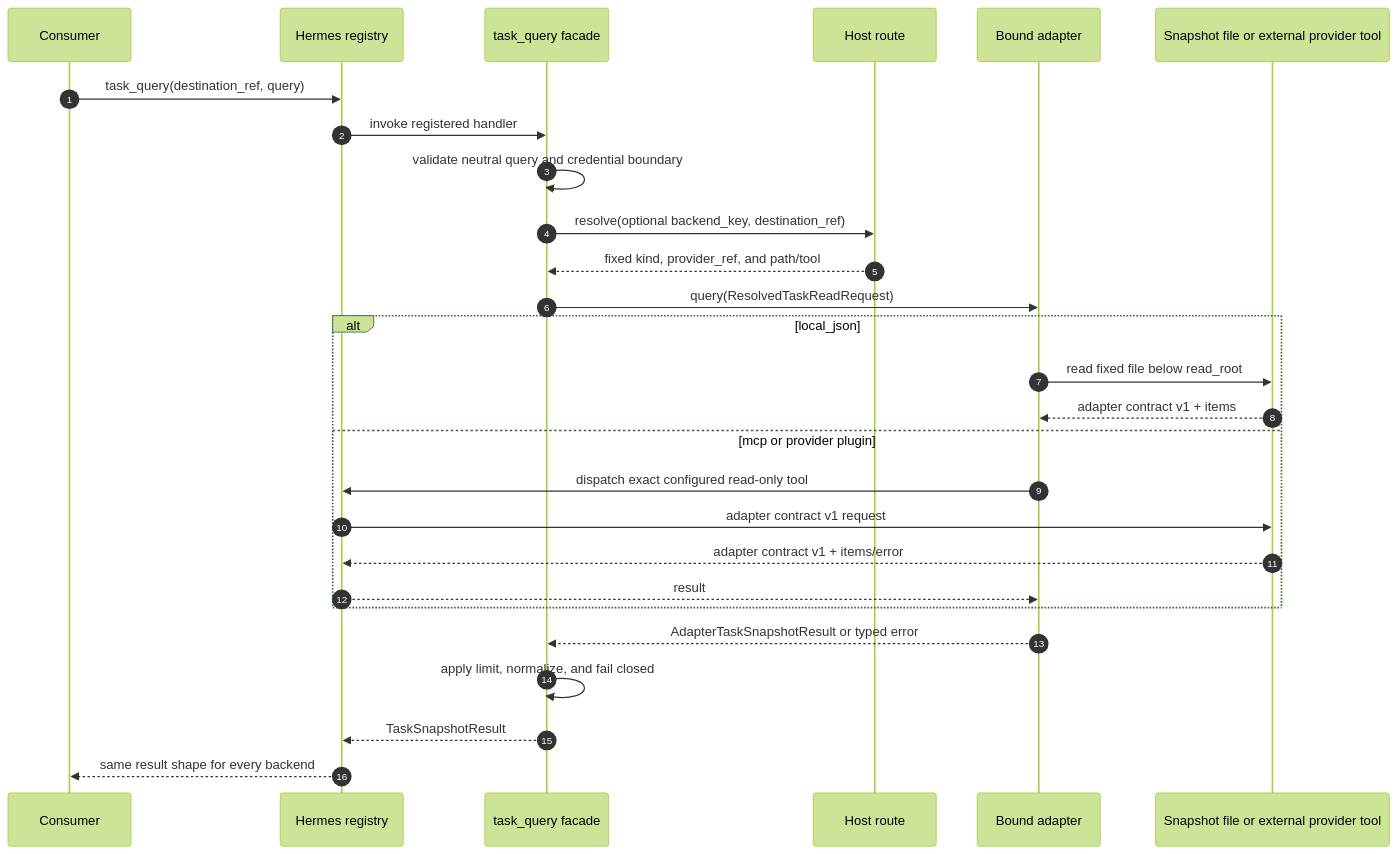
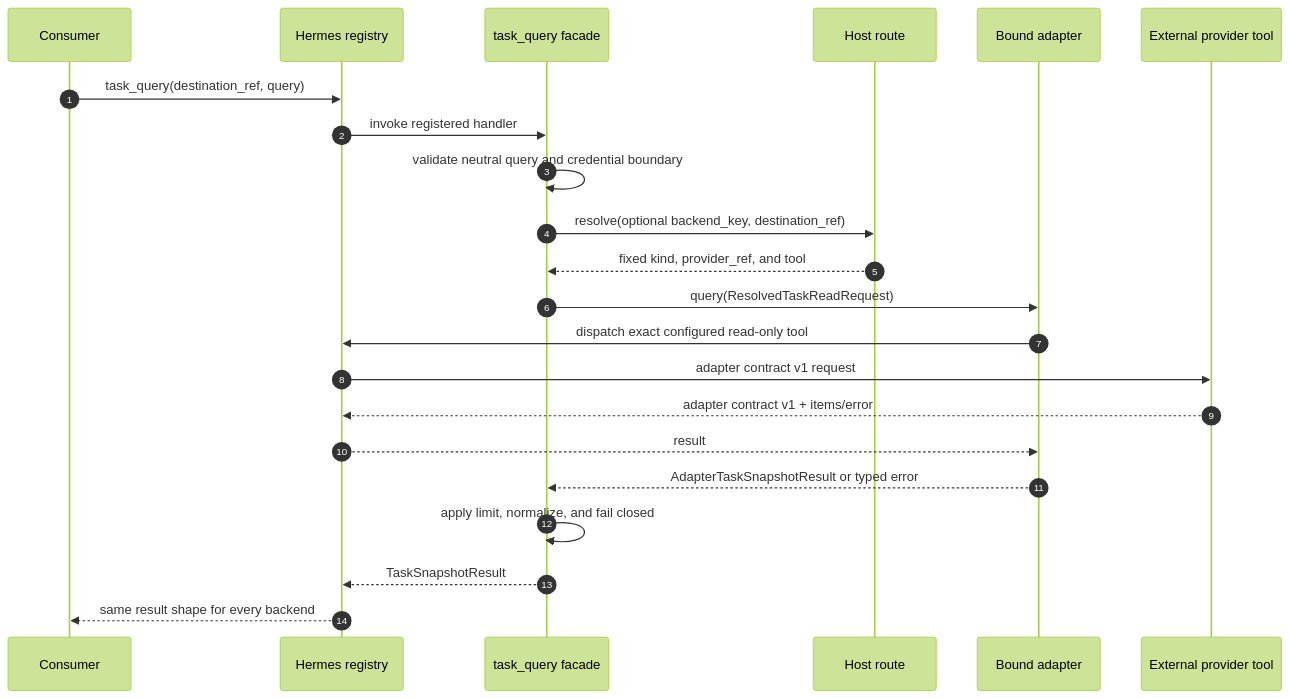
The second of 4 diagrams in plugins/task-management/skills/task-management/references/routing-flow.md (omitsuhashi/skills), drawn with Mermaid (forest theme) before and after one commit. The commit also changed other lines of this file and 8 other files, not shown here.

Commit message:
docs: limit local task data to plugin smoke fixtures

````diff
--- a/plugins/task-management/skills/task-management/references/routing-flow.md
+++ b/plugins/task-management/skills/task-management/references/routing-flow.md
@@ -47,30 +43,25 @@
 ```mermaid
 sequenceDiagram
     autonumber
     participant C as Consumer
     participant H as Hermes registry
     participant F as task_query facade
     participant R as Host route
     participant A as Bound adapter
-    participant P as Snapshot file or external provider tool
+    participant P as External provider tool
 
     C->>H: task_query(destination_ref, query)
     H->>F: invoke registered handler
     F->>F: validate neutral query and credential boundary
     F->>R: resolve(optional backend_key, destination_ref)
-    R-->>F: fixed kind, provider_ref, and path/tool
+    R-->>F: fixed kind, provider_ref, and tool
     F->>A: query(ResolvedTaskReadRequest)
-    alt local_json
-        A->>P: read fixed file below read_root
-        P-->>A: adapter contract v1 + items
-    else mcp or provider plugin
-        A->>H: dispatch exact configured read-only tool
-        H->>P: adapter contract v1 request
-        P-->>H: adapter contract v1 + items/error
-        H-->>A: result
-    end
+    A->>H: dispatch exact configured read-only tool
+    H->>P: adapter contract v1 request
+    P-->>H: adapter contract v1 + items/error
+    H-->>A: result
     A-->>F: AdapterTaskSnapshotResult or typed error
     F->>F: apply limit, normalize, and fail closed
     F-->>H: TaskSnapshotResult
     H-->>C: same result shape for every backend
 ```
````
